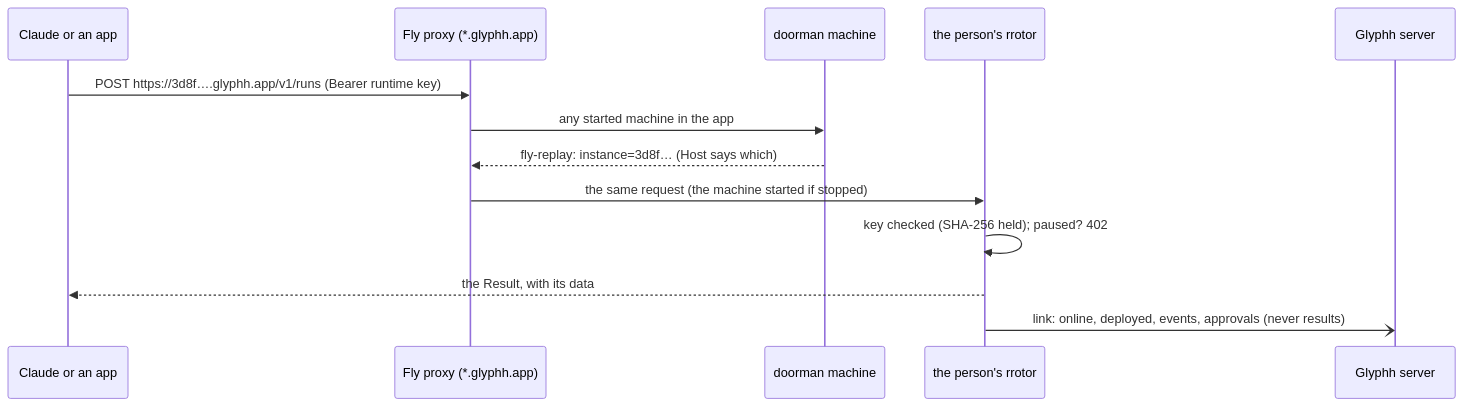
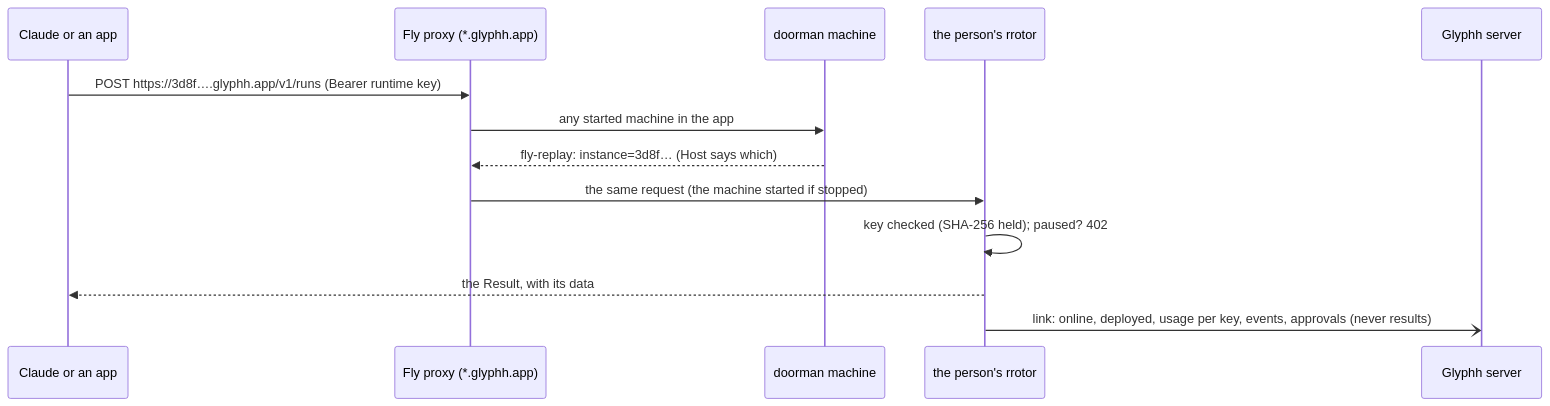
Before and after one commit to glyphh-ai/server: the second of 3 diagrams in docs/architecture.md, drawn with Mermaid. The commit also changed other lines of this file and 15 other files, not shown here.

First line of the commit message:
Runtime keys expire or never do, can be deleted, and carry rrotor's usage; deploys are recorded

````diff
--- a/docs/architecture.md
+++ b/docs/architecture.md
@@ -189,15 +189,15 @@
 ```mermaid
 sequenceDiagram
     participant C as Claude or an app
     participant F as Fly proxy (*.glyphh.app)
     participant D as doorman machine
     participant R as the person's rrotor
     participant G as Glyphh server
     C->>F: POST https://3d8f….glyphh.app/v1/runs (Bearer runtime key)
     F->>D: any started machine in the app
     D-->>F: fly-replay#58; instance=3d8f… (Host says which)
     F->>R: the same request (the machine started if stopped)
     R->>R: key checked (SHA-256 held)#59; paused? 402
     R-->>C: the Result, with its data
-    R-)G: link#58; online, deployed, events, approvals (never results)
+    R-)G: link#58; online, deployed, usage per key, events, approvals (never results)
 ```
````
